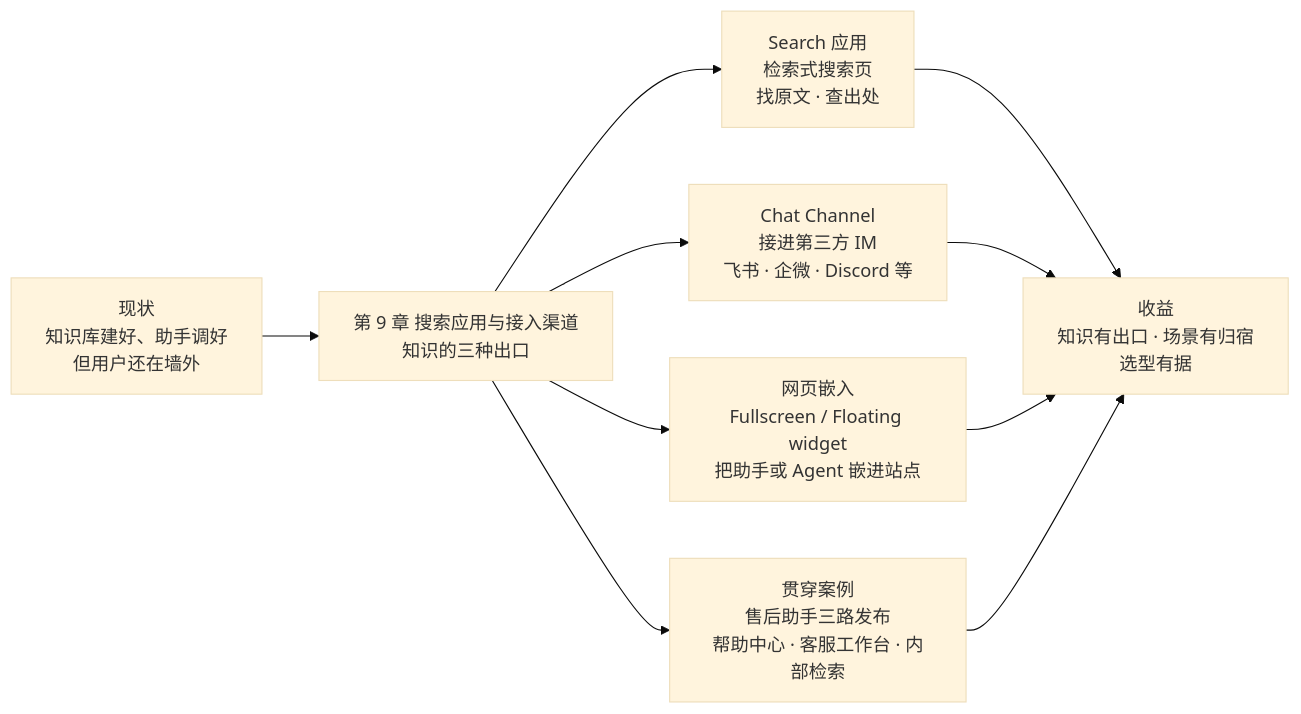
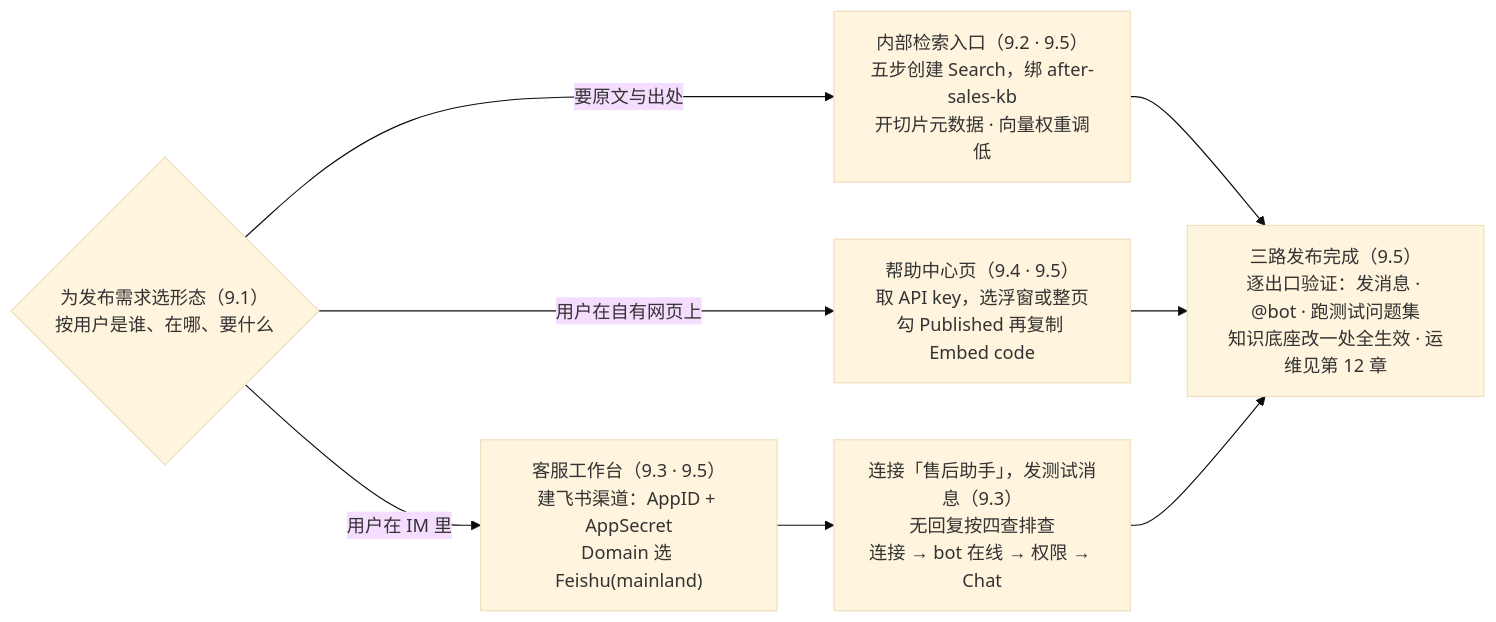
Before and after one commit to ybak/ai-tutorial: the first of 2 diagrams in books/ragflow/chapters/09-search-channels.md, drawn with Mermaid (base theme). The commit also changed other lines of this file and 12 other files, not shown here.

First line of the commit message:
docs(ragflow): 章首图升级为操作流程图——第 3 章试点后全书推广,写作指南双图式修订

````diff
--- a/books/ragflow/chapters/09-search-channels.md
+++ b/books/ragflow/chapters/09-search-channels.md
@@ -11,12 +11,11 @@
 ```mermaid
 flowchart LR
-    A["现状<br/>知识库建好、助手调好<br/>但用户还在墙外"] --> B["第 9 章 搜索应用与接入渠道<br/>知识的三种出口"]
-    B --> C["Search 应用<br/>检索式搜索页<br/>找原文 · 查出处"]
-    B --> D["Chat Channel<br/>接进第三方 IM<br/>飞书 · 企微 · Discord 等"]
-    B --> E["网页嵌入<br/>Fullscreen / Floating widget<br/>把助手或 Agent 嵌进站点"]
-    B --> F["贯穿案例<br/>售后助手三路发布<br/>帮助中心 · 客服工作台 · 内部检索"]
-    C --> G["收益<br/>知识有出口 · 场景有归宿<br/>选型有据"]
-    D --> G
-    E --> G
-    F --> G
+    A{"为发布需求选形态（9.1）<br/>按用户是谁、在哪、要什么"}
+    A -->|"要原文与出处"| B["内部检索入口（9.2 · 9.5）<br/>五步创建 Search，绑 after-sales-kb<br/>开切片元数据 · 向量权重调低"]
+    A -->|"用户在 IM 里"| C["客服工作台（9.3 · 9.5）<br/>建飞书渠道：AppID + AppSecret<br/>Domain 选 Feishu(mainland)"]
+    A -->|"用户在自有网页上"| D["帮助中心页（9.4 · 9.5）<br/>取 API key，选浮窗或整页<br/>勾 Published 再复制 Embed code"]
+    C --> E["连接「售后助手」，发测试消息（9.3）<br/>无回复按四查排查<br/>连接 → bot 在线 → 权限 → Chat"]
+    B --> F["三路发布完成（9.5）<br/>逐出口验证：发消息 · @bot · 跑测试问题集<br/>知识底座改一处全生效 · 运维见第 12 章"]
+    D --> F
+    E --> F
 ```
````
